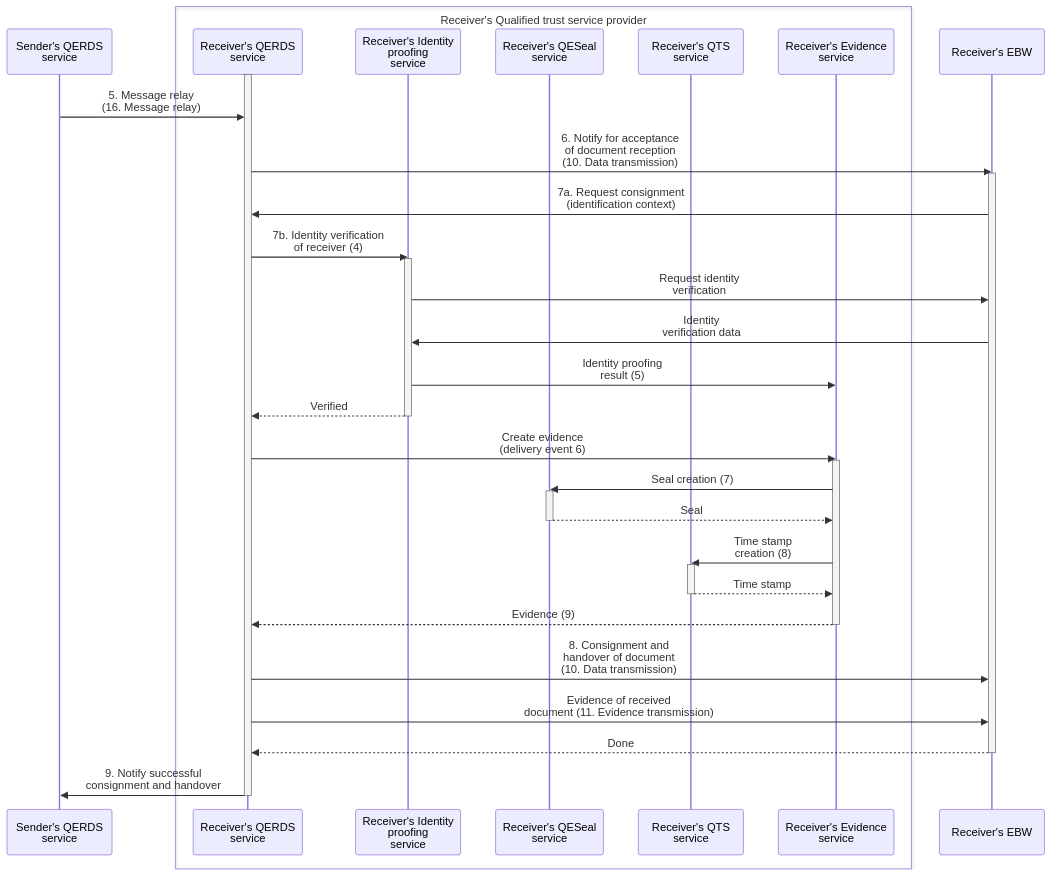
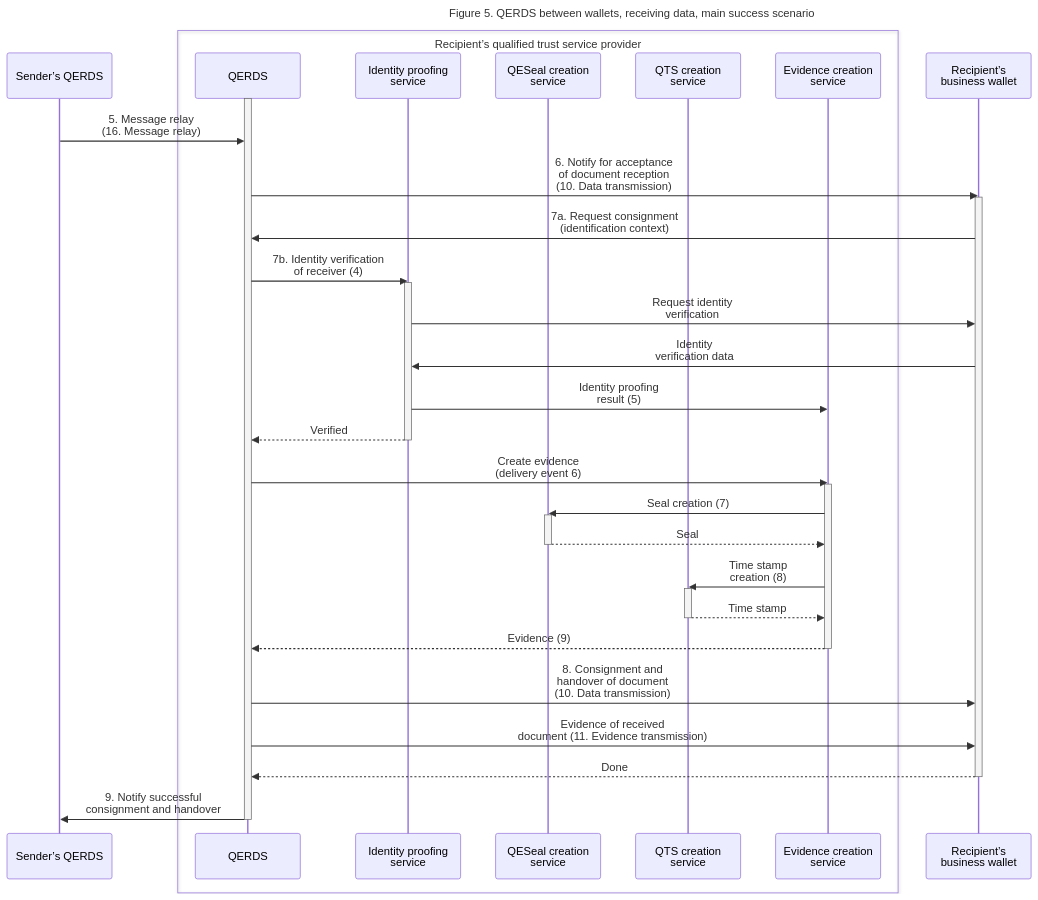
Before and after one commit to webuild-consortium/wp4-qtsp-group: the fifth of 5 diagrams in docs/qerds/architecture.md, drawn with Mermaid. The commit also changed other lines of this file and 2 other files, not shown here.

First line of the commit message:
Refactor QERDS architecture specifications

````diff
--- a/docs/qerds/architecture.md
+++ b/docs/qerds/architecture.md
@@ -275,43 +296,46 @@
 ```mermaid
+---
+title: Figure 5. QERDS between wallets, receiving data, main success scenario
+---
 sequenceDiagram
-    participant S_QTSP as Sender's QERDS<br>service
-    box Receiver's Qualified trust service provider
-        participant R_QTSP as Receiver's QERDS<br>service
-        participant R_IPS as Receiver's Identity<br>proofing<br>service
-        participant R_QES as Receiver's QESeal<br>service
-        participant R_QTS as Receiver's QTS<br>service
-        participant R_ECS as Receiver's Evidence<br>service
+    participant S_QTSP as Sender’s QERDS
+    box Recipient’s qualified trust service provider
+        participant R_QTSP as QERDS
+        participant R_IPS as Identity proofing<br>service
+        participant R_QES as QESeal creation<br>service
+        participant R_QTS as QTS creation<br>service
+        participant R_ECS as Evidence creation<br>service
     end
-    participant Receiver as Receiver's EBW
+    participant Receiver as Recipient’s<br>business wallet
 
     activate R_QTSP
     S_QTSP->>R_QTSP: 5. Message relay<br>(16. Message relay)
     R_QTSP->>Receiver: 6. Notify for acceptance<br>of document reception<br>(10. Data transmission)
     activate Receiver
     Receiver->>R_QTSP: 7a. Request consignment<br>(identification context)
     R_QTSP->>R_IPS: 7b. Identity verification<br>of receiver (4)
     activate R_IPS
     R_IPS->>Receiver: Request identity<br>verification
     Receiver->>R_IPS: Identity<br>verification data
     R_IPS->>R_ECS: Identity proofing<br>result (5)
     R_IPS-->>R_QTSP: Verified
     deactivate R_IPS
     R_QTSP->>R_ECS: Create evidence<br>(delivery event 6)
     activate R_ECS
     R_ECS->>R_QES: Seal creation (7)
     activate R_QES
     R_QES-->>R_ECS: Seal
     deactivate R_QES
     R_ECS->>R_QTS: Time stamp<br>creation (8)
     activate R_QTS
     R_QTS-->>R_ECS: Time stamp
     deactivate R_QTS
     R_ECS-->>R_QTSP: Evidence (9)
     deactivate R_ECS
     R_QTSP->>Receiver: 8. Consignment and<br>handover of document<br>(10. Data transmission)
     R_QTSP->>Receiver: Evidence of received<br>document (11. Evidence transmission)
     Receiver-->>R_QTSP: Done
     deactivate Receiver
     R_QTSP->>S_QTSP: 9. Notify successful<br>consignment and handover
     deactivate R_QTSP
 ```
````
